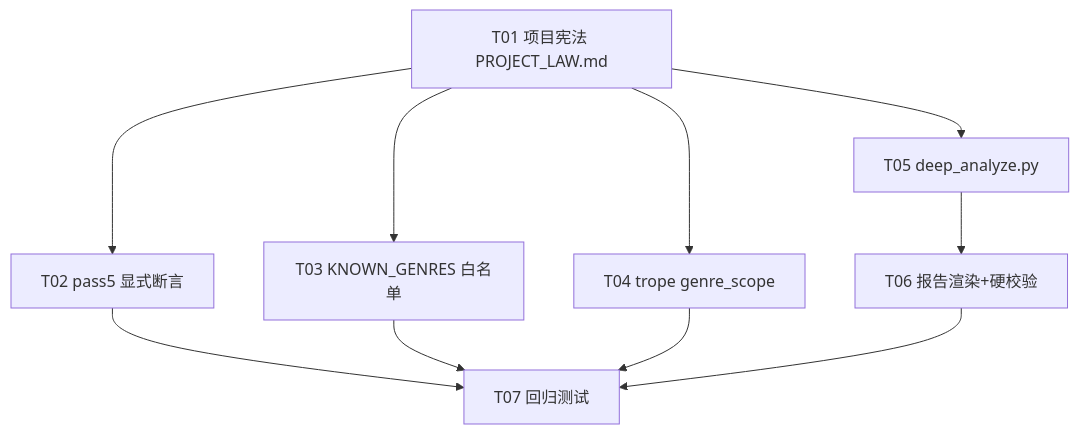
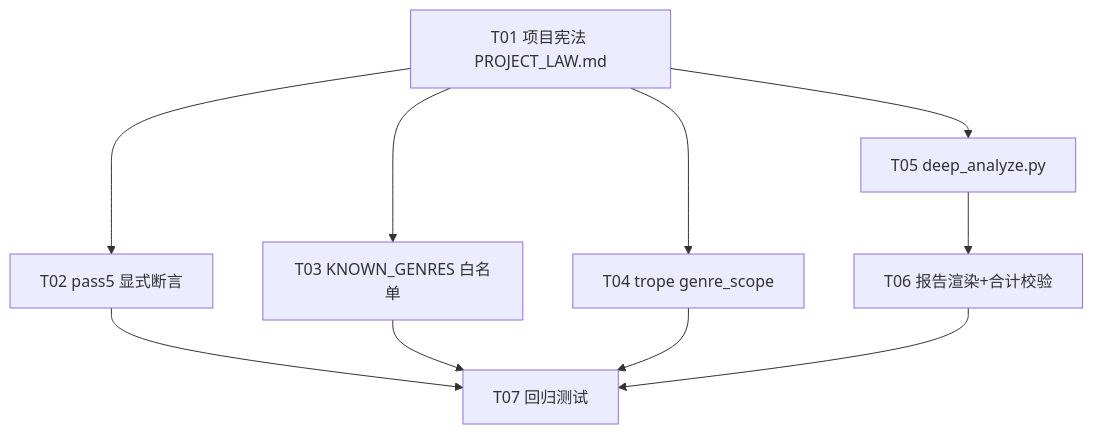
The diagram in docs/system_design_P3_genre_isolation_report.md (monesyilya3-Niko/novel-lab), drawn with Mermaid before and after one commit. The commit also changed other lines of this file and 1 other file, not shown here.

````diff
--- a/docs/system_design_P3_genre_isolation_report.md
+++ b/docs/system_design_P3_genre_isolation_report.md
@@ -625,12 +642,12 @@
 ```mermaid
 graph TD
     T01[T01 项目宪法 PROJECT_LAW.md] --> T02[T02 pass5 显式断言]
     T01 --> T03[T03 KNOWN_GENRES 白名单]
     T01 --> T04[T04 trope genre_scope]
     T01 --> T05[T05 deep_analyze.py]
-    T05 --> T06[T06 报告渲染+硬校验]
+    T05 --> T06[T06 报告渲染+合计校验]
     T02 --> T07[T07 回归测试]
     T03 --> T07
     T04 --> T07
     T06 --> T07
 ```
````
